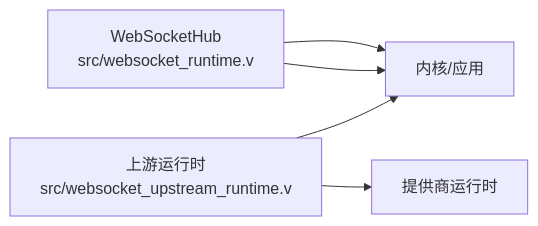
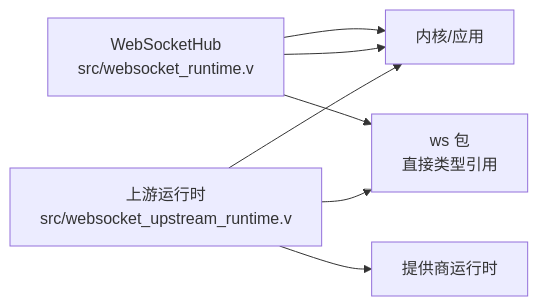
The seventh of 8 diagrams in .qoder/repowiki/zh/content/运行时组件/WebSocket 运行时.md (guweigang/vhttpd), drawn with Mermaid before and after one commit. The commit also changed other lines of this file and 54 other files, not shown here.

````diff
--- a/.qoder/repowiki/zh/content/运行时组件/WebSocket 运行时.md
+++ b/.qoder/repowiki/zh/content/运行时组件/WebSocket 运行时.md
@@ -267,7 +297,9 @@
 ```mermaid
 graph LR
 WS["WebSocketHub<br/>src/websocket_runtime.v"] --> Kernel["内核/应用"]
 Upstream["上游运行时<br/>src/websocket_upstream_runtime.v"] --> Providers["提供商运行时"]
 WS --> Kernel
 Upstream --> Kernel
+WS --> WSPackage["ws 包<br/>直接类型引用"]
+Upstream --> WSPackage
 ```
````
